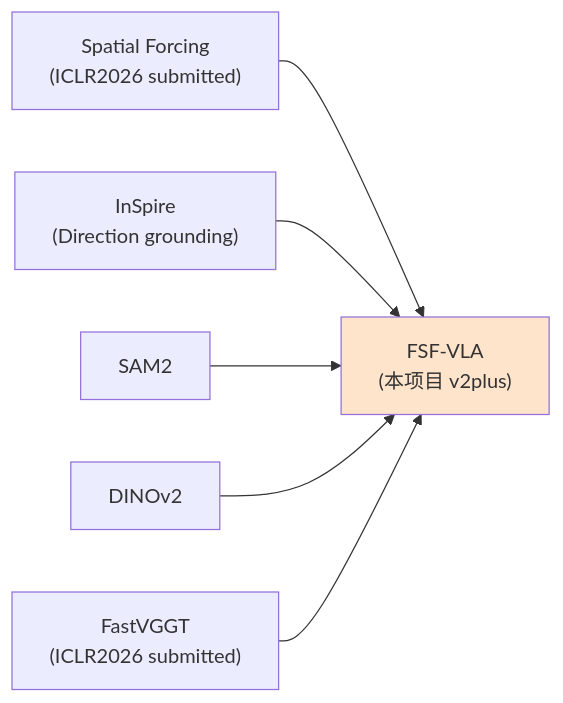
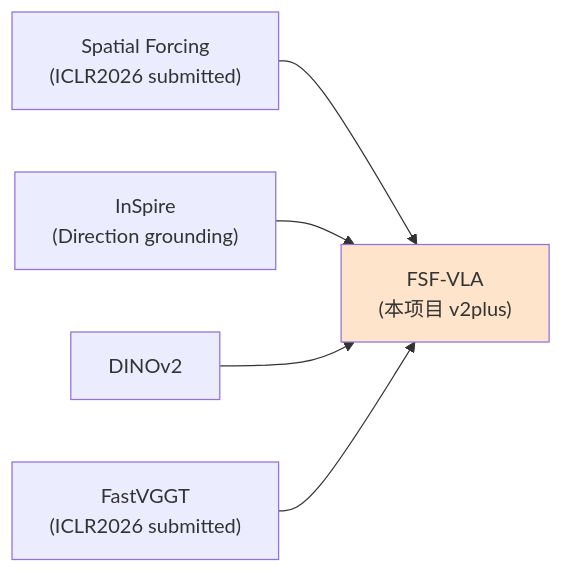
Before and after one commit to T1doo/Research-of-T1doo: the second of 2 diagrams in 曦源项目/版本二plus/研究报告/01_Spatial_Forcing_深度精读.md, drawn with Mermaid. The commit also changed other lines of this file and 18 other files, not shown here.

````diff
--- a/曦源项目/版本二plus/研究报告/01_Spatial_Forcing_深度精读.md
+++ b/曦源项目/版本二plus/研究报告/01_Spatial_Forcing_深度精读.md
@@ -639,10 +642,9 @@
 ```mermaid
 graph LR
     SF["Spatial Forcing<br/>(ICLR2026 submitted)"] --> FSF
     InSpire["InSpire<br/>(Direction grounding)"] --> FSF
-    SAM2 --> FSF
     DINOv2 --> FSF
     FastVGGT["FastVGGT<br/>(ICLR2026 submitted)"] --> FSF
     FSF["FSF-VLA<br/>(本项目 v2plus)"]
     style FSF fill:#ffe4cc
 ```
````
